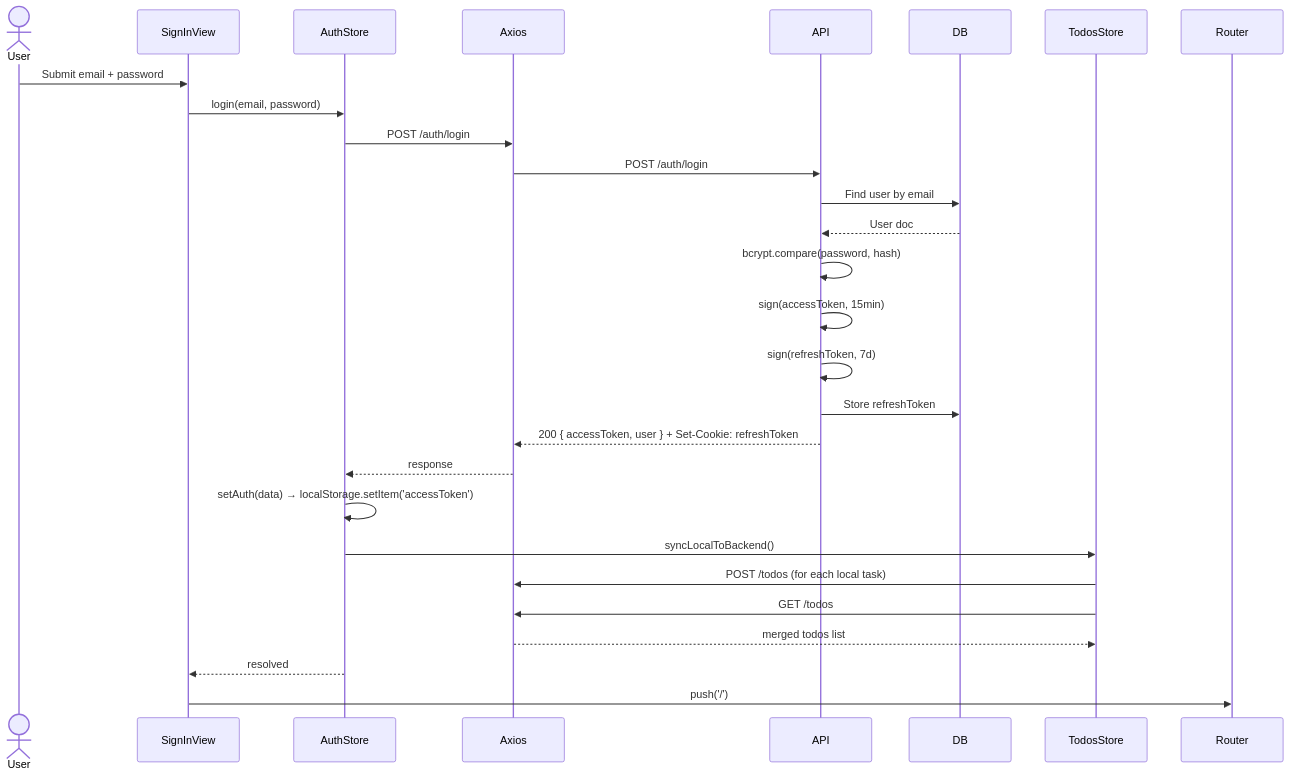
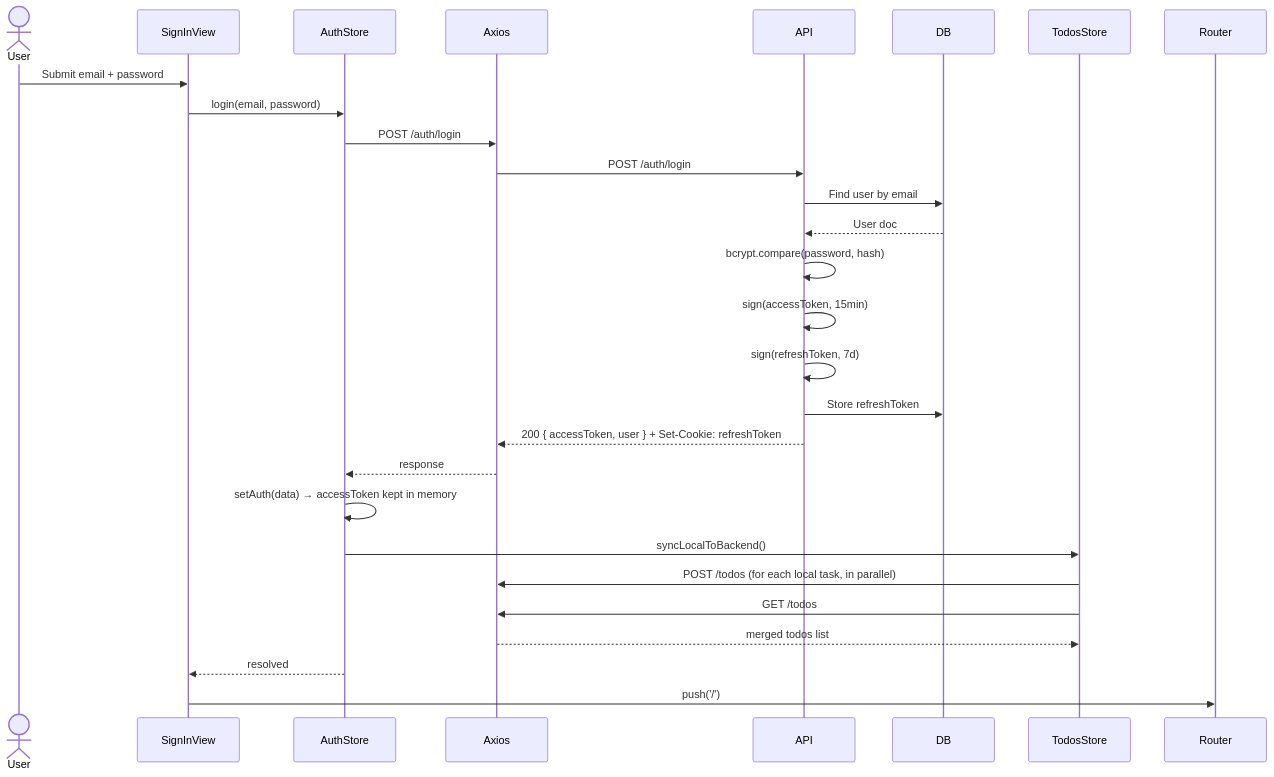
The fifth of 7 diagrams in docs/05_modeling.md (YaogoGerard/Todogy), drawn with Mermaid before and after one commit. The commit also changed other lines of this file and 61 other files, not shown here.

````diff
--- a/docs/05_modeling.md
+++ b/docs/05_modeling.md
@@ -113,29 +116,29 @@
 ```mermaid
 sequenceDiagram
     actor User
     participant SignInView
     participant AuthStore
     participant Axios
     participant API
     participant DB
 
     User->>SignInView: Submit email + password
     SignInView->>AuthStore: login(email, password)
     AuthStore->>Axios: POST /auth/login
     Axios->>API: POST /auth/login
     API->>DB: Find user by email
     DB-->>API: User doc
     API->>API: bcrypt.compare(password, hash)
     API->>API: sign(accessToken, 15min)
     API->>API: sign(refreshToken, 7d)
     API->>DB: Store refreshToken
     API-->>Axios: 200 { accessToken, user } + Set-Cookie: refreshToken
     Axios-->>AuthStore: response
-    AuthStore->>AuthStore: setAuth(data) → localStorage.setItem('accessToken')
+    AuthStore->>AuthStore: setAuth(data) → accessToken kept in memory
     AuthStore->>TodosStore: syncLocalToBackend()
-    TodosStore->>Axios: POST /todos (for each local task)
+    TodosStore->>Axios: POST /todos (for each local task, in parallel)
     TodosStore->>Axios: GET /todos
     Axios-->>TodosStore: merged todos list
     AuthStore-->>SignInView: resolved
     SignInView->>Router: push('/')
 ```
````
